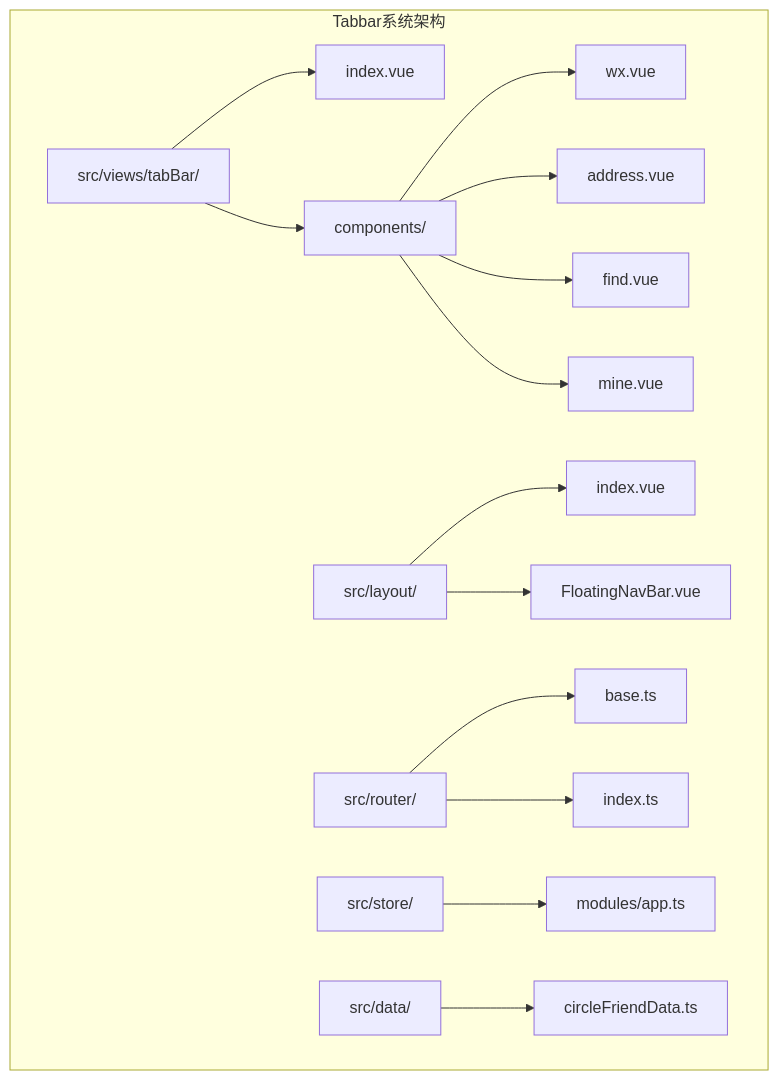
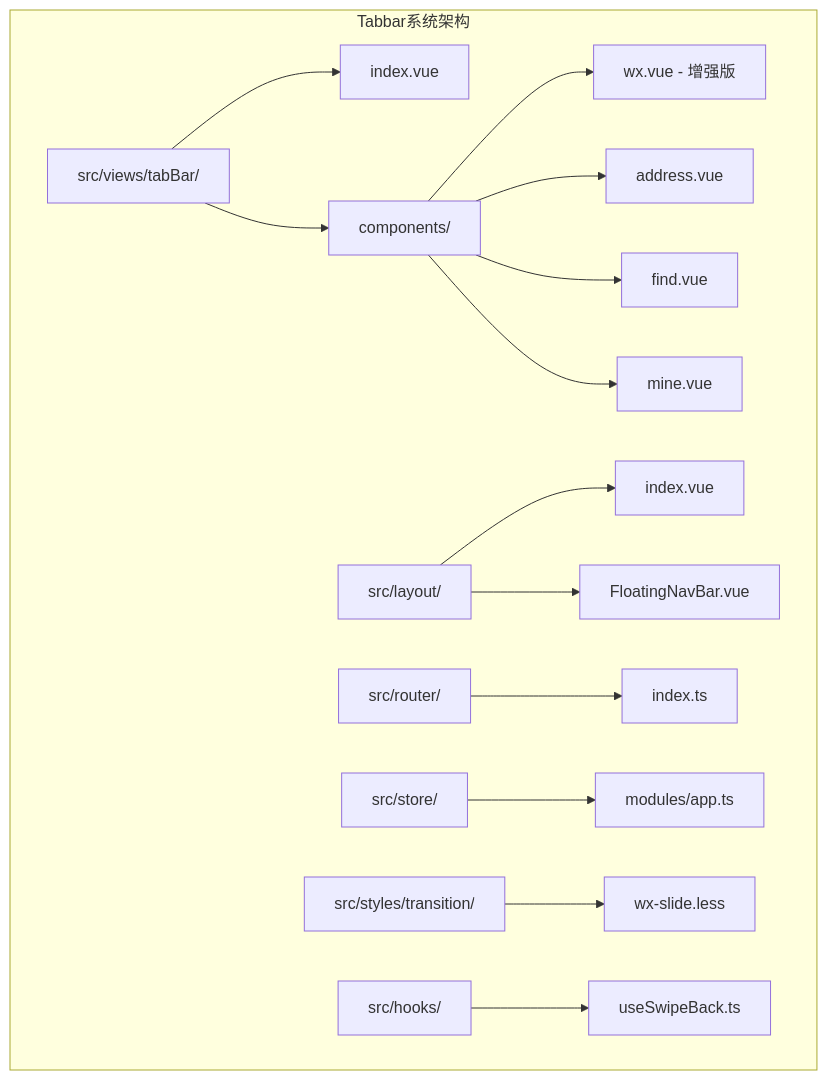
Before and after one commit to giserman001/vue3-vant4-mobile: the first of 8 diagrams in .qoder/repowiki/zh/content/Tabbar System.md, drawn with Mermaid. The commit also changed other lines of this file and 398 other files, not shown here.

````diff
--- a/.qoder/repowiki/zh/content/Tabbar System.md
+++ b/.qoder/repowiki/zh/content/Tabbar System.md
@@ -37,17 +46,17 @@
 ```mermaid
 graph TB
 subgraph "Tabbar系统架构"
 A[src/views/tabBar/] --> B[index.vue]
 A --> C[components/]
-C --> D[wx.vue]
+C --> D[wx.vue - 增强版]
 C --> E[address.vue]
 C --> F[find.vue]
 C --> G[mine.vue]
 H[src/layout/] --> I[index.vue]
 H --> J[FloatingNavBar.vue]
-K[src/router/] --> L[base.ts]
-K --> M[index.ts]
-N[src/store/] --> O[modules/app.ts]
-P[src/data/] --> Q[circleFriendData.ts]
+K[src/router/] --> L[index.ts]
+M[src/store/] --> N[modules/app.ts]
+O[src/styles/transition/] --> P[wx-slide.less]
+Q[src/hooks/] --> R[useSwipeBack.ts]
 end
 ```
````
